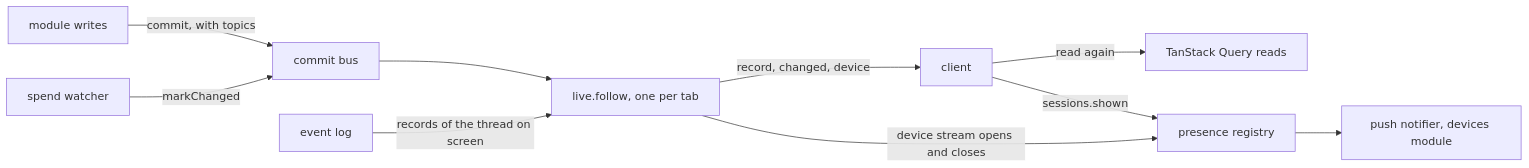
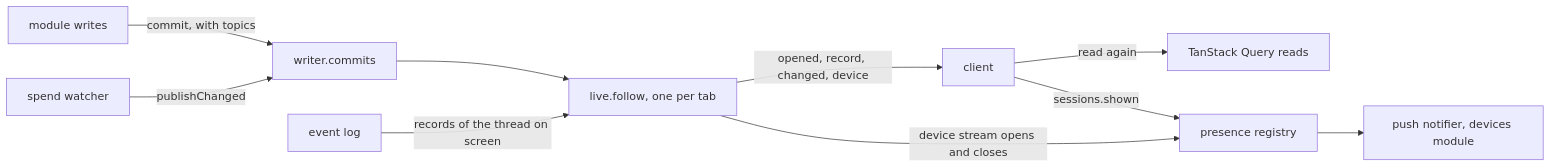
One commit to zgeoff/nixie changed the diagram in docs/design/queue/live-updates.md. Above: the diagram before and after it, drawn with Mermaid. The commit also changed other lines of this file, not shown here.

````diff
--- a/docs/design/queue/live-updates.md
+++ b/docs/design/queue/live-updates.md
@@ -14,12 +14,12 @@
 ```mermaid
 flowchart LR
-  writers[module writes] -->|"commit, with topics"| bus[commit bus]
-  watcher[spend watcher] -->|"markChanged"| bus
+  writers[module writes] -->|"commit, with topics"| bus[writer.commits]
+  watcher[spend watcher] -->|"publishChanged"| bus
   bus --> stream[live.follow, one per tab]
   log[event log] -->|"records of the thread on screen"| stream
-  stream -->|"record, changed, device"| client[client]
+  stream -->|"opened, record, changed, device"| client[client]
   client -->|"read again"| reads[TanStack Query reads]
   client -->|"sessions.shown"| presence[presence registry]
   stream -->|"device stream opens and closes"| presence
   presence --> readers[push notifier, devices module]
 ```
````
